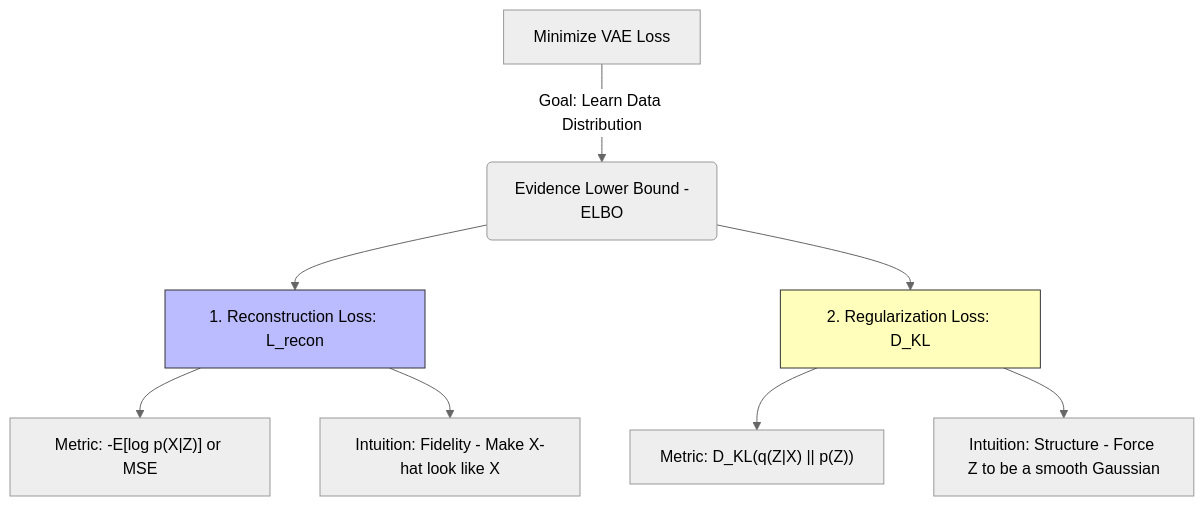
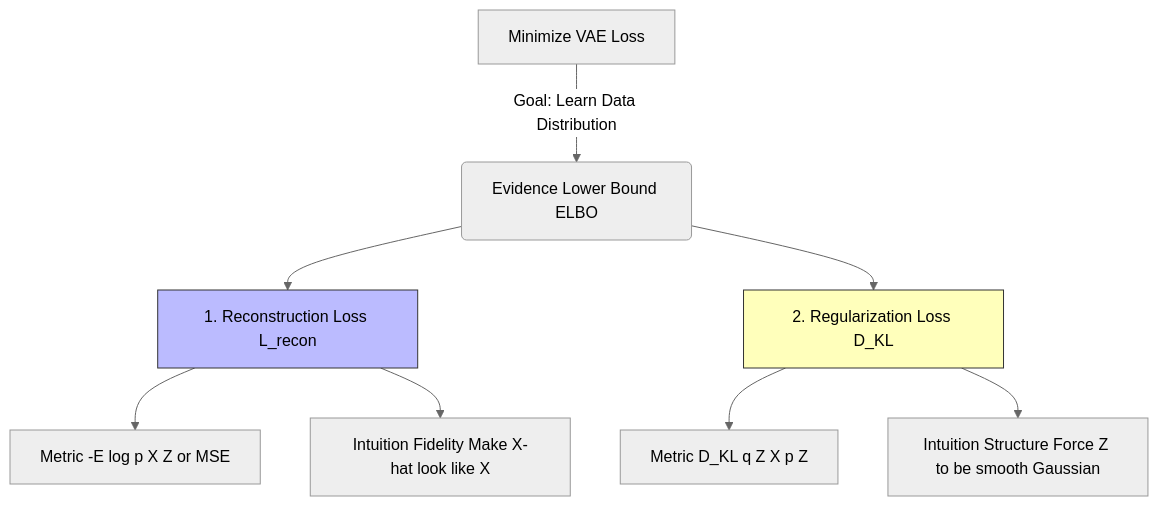
The third of 4 diagrams in src/data/blog/variational-autoencoders-from-compression-to-creation.md (gopikrishtummala/gopikrishtummala.github.io), drawn with Mermaid (neutral theme) before and after one commit. The commit also changed other lines of this file, not shown here.

Commit message:
Fix Mermaid syntax errors: remove problematic quotes, parentheses, and colons

````diff
--- a/src/data/blog/variational-autoencoders-from-compression-to-creation.md
+++ b/src/data/blog/variational-autoencoders-from-compression-to-creation.md
@@ -304,15 +304,15 @@
 ```mermaid
 graph TD
-    A[Minimize VAE Loss] -->|Goal: Learn Data Distribution| B(Evidence Lower Bound -ELBO);
+    A[Minimize VAE Loss] -->|Goal: Learn Data Distribution| B(Evidence Lower Bound ELBO)
 
-    B --> C["1. Reconstruction Loss: L_recon"];
-    B --> D["2. Regularization Loss: D_KL"];
+    B --> C[1. Reconstruction Loss L_recon]
+    B --> D[2. Regularization Loss D_KL]
 
-    C --> C1["Metric: -E[log p(X|Z)] or MSE"];
-    C --> C2["Intuition: Fidelity - Make X-hat look like X"];
-    D --> D1["Metric: D_KL(q(Z|X) || p(Z))"];
-    D --> D2["Intuition: Structure - Force Z to be a smooth Gaussian"];
+    C --> C1[Metric -E log p X Z or MSE]
+    C --> C2[Intuition Fidelity Make X-hat look like X]
+    D --> D1[Metric D_KL q Z X p Z]
+    D --> D2[Intuition Structure Force Z to be smooth Gaussian]
 
-    style C fill:#bbf,stroke:#333;
-    style D fill:#ffb,stroke:#333;
+    style C fill:#bbf,stroke:#333
+    style D fill:#ffb,stroke:#333
 ```
````
